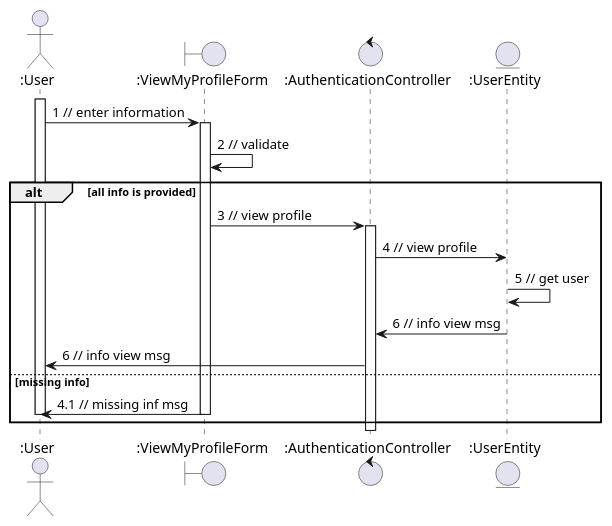
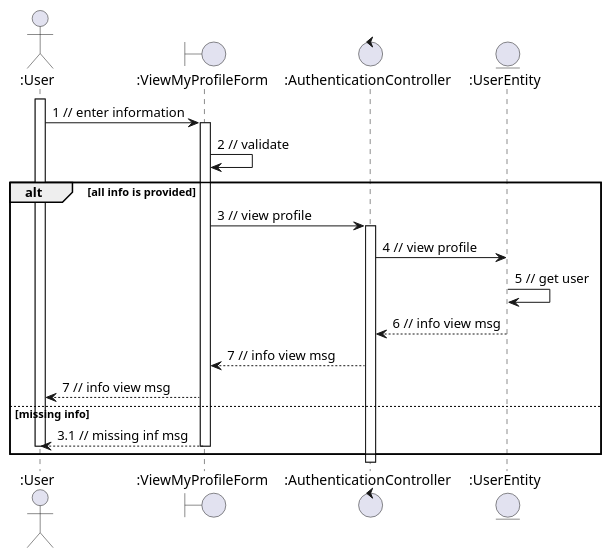
The diagram in sequence - analaysis/authentication/viewMyProfile.plantuml (anonyhostvn/OOAD-Diagram), drawn with PlantUML before and after one commit. The commit also changed 14 other files, not shown here.

Commit message:
sequenceDiagramAuthenticationUpdateFull

```diff
--- a/sequence - analaysis/authentication/viewMyProfile.plantuml
+++ b/sequence - analaysis/authentication/viewMyProfile.plantuml
@@ -1,24 +1,26 @@
 @startuml
 actor ":User"
 boundary ":ViewMyProfileForm"
 control ":AuthenticationController"
 entity ":UserEntity"
 activate ":User"
 ":User" -> ":ViewMyProfileForm" : 1 // enter information
 activate ":ViewMyProfileForm"
 ":ViewMyProfileForm" -> ":ViewMyProfileForm" : 2 // validate
 alt all info is provided
 
 ":ViewMyProfileForm" -> ":AuthenticationController" : 3 // view profile
 activate ":AuthenticationController"
 ":AuthenticationController" -> ":UserEntity" : 4 // view profile
 ":UserEntity" -> ":UserEntity" : 5 // get user
-":UserEntity" -> ":AuthenticationController" : 6 // info view msg
-":AuthenticationController"  -> ":User" : 6 // info view msg
+":UserEntity" --> ":AuthenticationController" : 6 // info view msg
+":AuthenticationController"  --> ":ViewMyProfileForm" : 7 // info view msg
+":ViewMyProfileForm"  --> ":User" : 7 // info view msg
+
 else missing info
 
-":ViewMyProfileForm" -> ":User" : 4.1 // missing inf msg
+":ViewMyProfileForm" --> ":User" : 3.1 // missing inf msg
 deactivate ":ViewMyProfileForm"
 deactivate ":User"
 end
 @enduml
```
